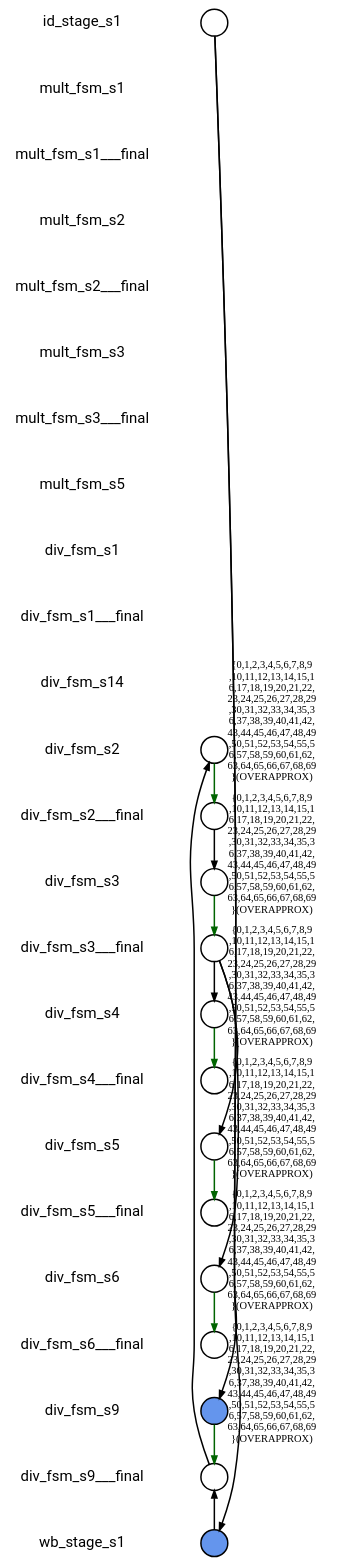
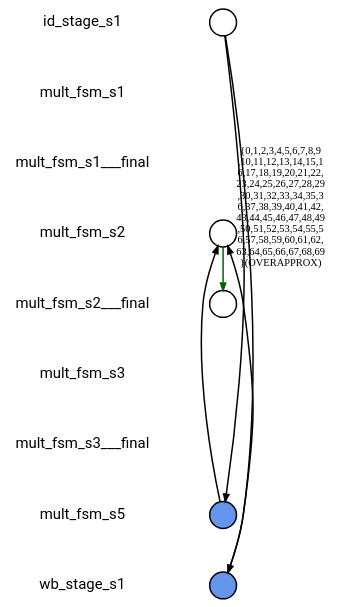
Before and after one commit to naomipark3/SynthLC: the diagram in fv/synthlc/i_MUL_out/xSummarize/nonisograph/com_1_0.dot, drawn with Graphviz. The commit also changed 38807 other files, not shown here.

```diff
--- a/fv/synthlc/i_MUL_out/xSummarize/nonisograph/com_1_0.dot
+++ b/fv/synthlc/i_MUL_out/xSummarize/nonisograph/com_1_0.dot
@@ -1,187 +1,62 @@
 
 digraph G {
     edge [penwidth=2];
     node [ shape=box, fontsize=20, penwidth=2, fontname="roboto"];
     esep=0.5;
     layout=neato;
     overlap=scale;
     splines=true;
 
 l_id_stage_s1 [label="id_stage_s1"; pos="0,-0!"; shape=none];
 
 l_mult_fsm_s1 [label="mult_fsm_s1"; pos="0,-1!"; shape=none];
 
 l_mult_fsm_s1___final [label="mult_fsm_s1___final"; pos="0,-2!"; shape=none];
 
 l_mult_fsm_s2 [label="mult_fsm_s2"; pos="0,-3!"; shape=none];
 
 l_mult_fsm_s2___final [label="mult_fsm_s2___final"; pos="0,-4!"; shape=none];
 
 l_mult_fsm_s3 [label="mult_fsm_s3"; pos="0,-5!"; shape=none];
 
 l_mult_fsm_s3___final [label="mult_fsm_s3___final"; pos="0,-6!"; shape=none];
 
 l_mult_fsm_s5 [label="mult_fsm_s5"; pos="0,-7!"; shape=none];
 
-l_div_fsm_s1 [label="div_fsm_s1"; pos="0,-8!"; shape=none];
-
-l_div_fsm_s1___final [label="div_fsm_s1___final"; pos="0,-9!"; shape=none];
-
-l_div_fsm_s14 [label="div_fsm_s14"; pos="0,-10!"; shape=none];
-
-l_div_fsm_s2 [label="div_fsm_s2"; pos="0,-11!"; shape=none];
-
-l_div_fsm_s2___final [label="div_fsm_s2___final"; pos="0,-12!"; shape=none];
-
-l_div_fsm_s3 [label="div_fsm_s3"; pos="0,-13!"; shape=none];
-
-l_div_fsm_s3___final [label="div_fsm_s3___final"; pos="0,-14!"; shape=none];
-
-l_div_fsm_s4 [label="div_fsm_s4"; pos="0,-15!"; shape=none];
-
-l_div_fsm_s4___final [label="div_fsm_s4___final"; pos="0,-16!"; shape=none];
-
-l_div_fsm_s5 [label="div_fsm_s5"; pos="0,-17!"; shape=none];
-
-l_div_fsm_s5___final [label="div_fsm_s5___final"; pos="0,-18!"; shape=none];
-
-l_div_fsm_s6 [label="div_fsm_s6"; pos="0,-19!"; shape=none];
-
-l_div_fsm_s6___final [label="div_fsm_s6___final"; pos="0,-20!"; shape=none];
-
-l_div_fsm_s9 [label="div_fsm_s9"; pos="0,-21!"; shape=none];
-
-l_div_fsm_s9___final [label="div_fsm_s9___final"; pos="0,-22!"; shape=none];
-
-l_wb_stage_s1 [label="wb_stage_s1"; pos="0,-23!"; shape=none];
+l_wb_stage_s1 [label="wb_stage_s1"; pos="0,-8!"; shape=none];
 
 n_id_stage_s1 [label=""; pos="2,-0!"; shape=circle ]; 
 
 
-n_div_fsm_s2 [label=""; pos="2,-11!"; shape=circle ]; 
+n_mult_fsm_s2 [label=""; pos="2,-3!"; shape=circle ]; 
 
 
-n_div_fsm_s3 [label=""; pos="2,-13!"; shape=circle ]; 
+n_mult_fsm_s5 [style=filled, color=black, fillcolor="#6495ED", label=""; pos="2,-7!"; shape=circle ]; 
 
 
-n_div_fsm_s4 [label=""; pos="2,-15!"; shape=circle ]; 
+n_wb_stage_s1 [style=filled, color=black, fillcolor="#6495ED", label=""; pos="2,-8!"; shape=circle ]; 
 
 
-n_div_fsm_s5 [label=""; pos="2,-17!"; shape=circle ]; 
+n_mult_fsm_s2___final [label=""; pos="2,-4!"; shape=circle ]; 
 
-
-n_div_fsm_s6 [label=""; pos="2,-19!"; shape=circle ]; 
-
-
-n_div_fsm_s9 [style=filled, color=black, fillcolor="#6495ED", label=""; pos="2,-21!"; shape=circle ]; 
-
-
-n_wb_stage_s1 [style=filled, color=black, fillcolor="#6495ED", label=""; pos="2,-23!"; shape=circle ]; 
-
-
-n_div_fsm_s2___final [label=""; pos="2,-12!"; shape=circle ]; 
-
-
-n_div_fsm_s3___final [label=""; pos="2,-14!"; shape=circle ]; 
-
-
-n_div_fsm_s4___final [label=""; pos="2,-16!"; shape=circle ]; 
-
-
-n_div_fsm_s5___final [label=""; pos="2,-18!"; shape=circle ]; 
-
-
-n_div_fsm_s6___final [label=""; pos="2,-20!"; shape=circle ]; 
-
-
-n_div_fsm_s9___final [label=""; pos="2,-22!"; shape=circle ]; 
-
-
-n_id_stage_s1 -> n_div_fsm_s9 [color="black"];
 
 n_id_stage_s1 -> n_wb_stage_s1 [color="black"];
 
-n_div_fsm_s2 -> n_div_fsm_s2___final [color="#006400", label="{0,1,2,3,4,5,6,7,8,9
+n_id_stage_s1 -> n_mult_fsm_s5 [color="black"];
+
+n_mult_fsm_s2 -> n_mult_fsm_s2___final [color="#006400", label="{0,1,2,3,4,5,6,7,8,9
 ,10,11,12,13,14,15,1
 6,17,18,19,20,21,22,
 23,24,25,26,27,28,29
 ,30,31,32,33,34,35,3
 6,37,38,39,40,41,42,
 43,44,45,46,47,48,49
 ,50,51,52,53,54,55,5
 6,57,58,59,60,61,62,
 63,64,65,66,67,68,69
 }(OVERAPPROX)"];
 
-n_div_fsm_s3 -> n_div_fsm_s3___final [color="#006400", label="{0,1,2,3,4,5,6,7,8,9
-,10,11,12,13,14,15,1
-6,17,18,19,20,21,22,
-23,24,25,26,27,28,29
-,30,31,32,33,34,35,3
-6,37,38,39,40,41,42,
-43,44,45,46,47,48,49
-,50,51,52,53,54,55,5
-6,57,58,59,60,61,62,
-63,64,65,66,67,68,69
-}(OVERAPPROX)"];
+n_mult_fsm_s5 -> n_mult_fsm_s2 [color="black"];
 
-n_div_fsm_s4 -> n_div_fsm_s4___final [color="#006400", label="{0,1,2,3,4,5,6,7,8,9
-,10,11,12,13,14,15,1
-6,17,18,19,20,21,22,
-23,24,25,26,27,28,29
-,30,31,32,33,34,35,3
-6,37,38,39,40,41,42,
-43,44,45,46,47,48,49
-,50,51,52,53,54,55,5
-6,57,58,59,60,61,62,
-63,64,65,66,67,68,69
-}(OVERAPPROX)"];
-
-n_div_fsm_s5 -> n_div_fsm_s5___final [color="#006400", label="{0,1,2,3,4,5,6,7,8,9
-,10,11,12,13,14,15,1
-6,17,18,19,20,21,22,
-23,24,25,26,27,28,29
-,30,31,32,33,34,35,3
-6,37,38,39,40,41,42,
-43,44,45,46,47,48,49
-,50,51,52,53,54,55,5
-6,57,58,59,60,61,62,
-63,64,65,66,67,68,69
-}(OVERAPPROX)"];
-
-n_div_fsm_s6 -> n_div_fsm_s6___final [color="#006400", label="{0,1,2,3,4,5,6,7,8,9
-,10,11,12,13,14,15,1
-6,17,18,19,20,21,22,
-23,24,25,26,27,28,29
-,30,31,32,33,34,35,3
-6,37,38,39,40,41,42,
-43,44,45,46,47,48,49
-,50,51,52,53,54,55,5
-6,57,58,59,60,61,62,
-63,64,65,66,67,68,69
-}(OVERAPPROX)"];
-
-n_div_fsm_s9 -> n_div_fsm_s9___final [color="#006400", label="{0,1,2,3,4,5,6,7,8,9
-,10,11,12,13,14,15,1
-6,17,18,19,20,21,22,
-23,24,25,26,27,28,29
-,30,31,32,33,34,35,3
-6,37,38,39,40,41,42,
-43,44,45,46,47,48,49
-,50,51,52,53,54,55,5
-6,57,58,59,60,61,62,
-63,64,65,66,67,68,69
-}(OVERAPPROX)"];
-
-n_wb_stage_s1 -> n_div_fsm_s9___final [color="black"];
-
-n_div_fsm_s2___final -> n_div_fsm_s3 [color="black"];
-
-n_div_fsm_s3___final -> n_div_fsm_s6 [color="black"];
-
-n_div_fsm_s3___final -> n_div_fsm_s4 [color="black"];
-
-n_div_fsm_s3___final -> n_div_fsm_s5 [color="black"];
-
-n_div_fsm_s9___final -> n_div_fsm_s2 [color="black"];
+n_wb_stage_s1 -> n_mult_fsm_s2 [color="black"];
 }
```
